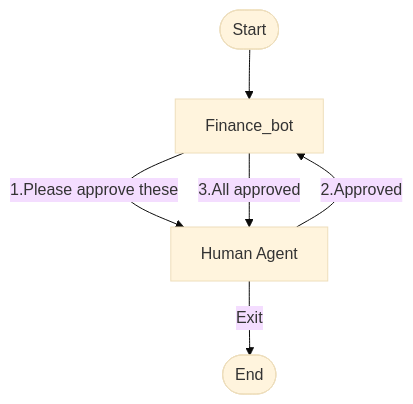
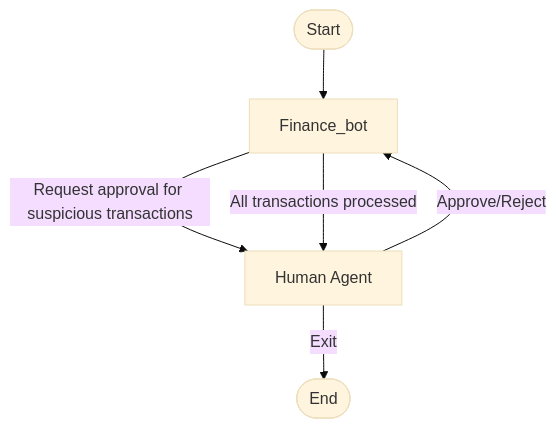
The diagram in website/docs/user-guide/basic-concepts/human-in-the-loop.mdx (ag2ai/ag2), drawn with Mermaid (base theme) before and after one commit. The commit also changed 8 other files, not shown here.

````diff
--- a/website/docs/user-guide/basic-concepts/human-in-the-loop.mdx
+++ b/website/docs/user-guide/basic-concepts/human-in-the-loop.mdx
@@ -113,8 +113,8 @@
 ```mermaid
 flowchart TD
     Start([Start]) --> Finance[Finance_bot]
-    Finance -- "1.Please approve these" --> Human[Human Agent]
-    Human -- "2.Approved" --> Finance
-    Finance -- "3.All approved" --> Human
+    Finance -- "Request approval for suspicious transactions" --> Human[Human Agent]
+    Human -- "Approve/Reject" --> Finance
+    Finance -- "All transactions processed" --> Human
     Human -- "Exit" --> End([End])
 ```
````
